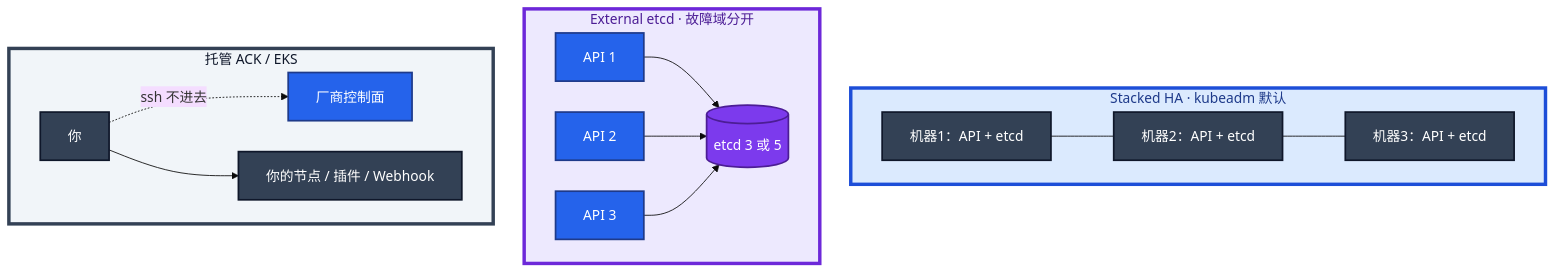
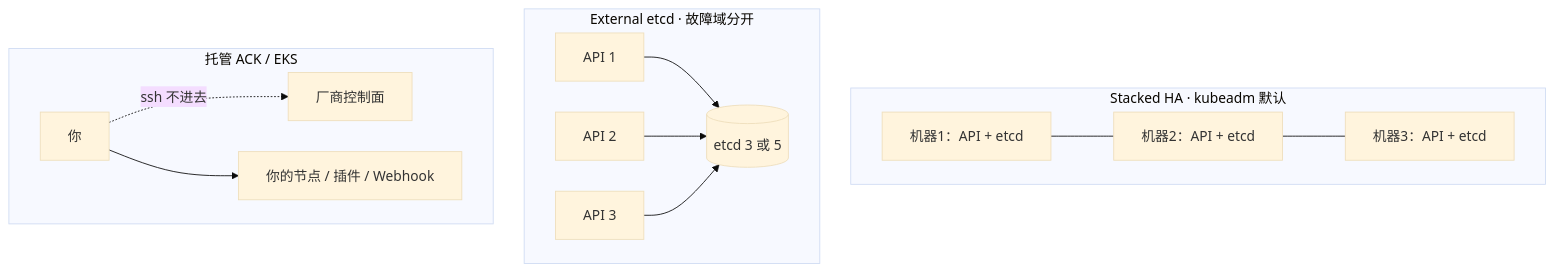
One commit to ml-cuizijun/LearnToLilith changed the fifth of 7 diagrams in 04-Kubernetes/01-集群架构/知识点.md. Above: the diagram before and after it, drawn with Mermaid. The commit also changed other lines of this file and 107 other files, not shown here.

````diff
--- a/04-Kubernetes/01-集群架构/知识点.md
+++ b/04-Kubernetes/01-集群架构/知识点.md
@@ -402,32 +444,22 @@
 ```mermaid
 %%{init: {"flowchart": {"padding": 16, "nodeSpacing": 36, "rankSpacing": 48}, "theme": "base"}}%%
 flowchart TB
     subgraph stacked ["Stacked HA · kubeadm 默认"]
         m1[机器1：API + etcd]
         m2[机器2：API + etcd]
         m3[机器3：API + etcd]
         m1 --- m2 --- m3
     end
 
     subgraph external ["External etcd · 故障域分开"]
         a1[API 1] --> e[(etcd 3 或 5)]
         a2[API 2] --> e
         a3[API 3] --> e
     end
 
     subgraph managed ["托管 ACK / EKS"]
         you[你] -.->|ssh 不进去| vendor[厂商控制面]
         you --> nodes[你的节点 / 插件 / Webhook]
     end
 
-    classDef node fill:#334155,stroke:#0F172A,stroke-width:2px,color:#fff
-    classDef etcd fill:#7C3AED,stroke:#4C1D95,stroke-width:2px,color:#fff
-    classDef api fill:#2563EB,stroke:#1E3A8A,stroke-width:2px,color:#fff
-    class m1,m2,m3,nodes node
-    class e etcd
-    class a1,a2,a3,vendor api
-
-    style stacked fill:#DBEAFE,stroke:#1D4ED8,stroke-width:4px,color:#1E3A8A
-    style external fill:#EDE9FE,stroke:#6D28D9,stroke-width:4px,color:#4C1D95
-    style managed fill:#F1F5F9,stroke:#334155,stroke-width:4px,color:#0F172A
 ```
````
